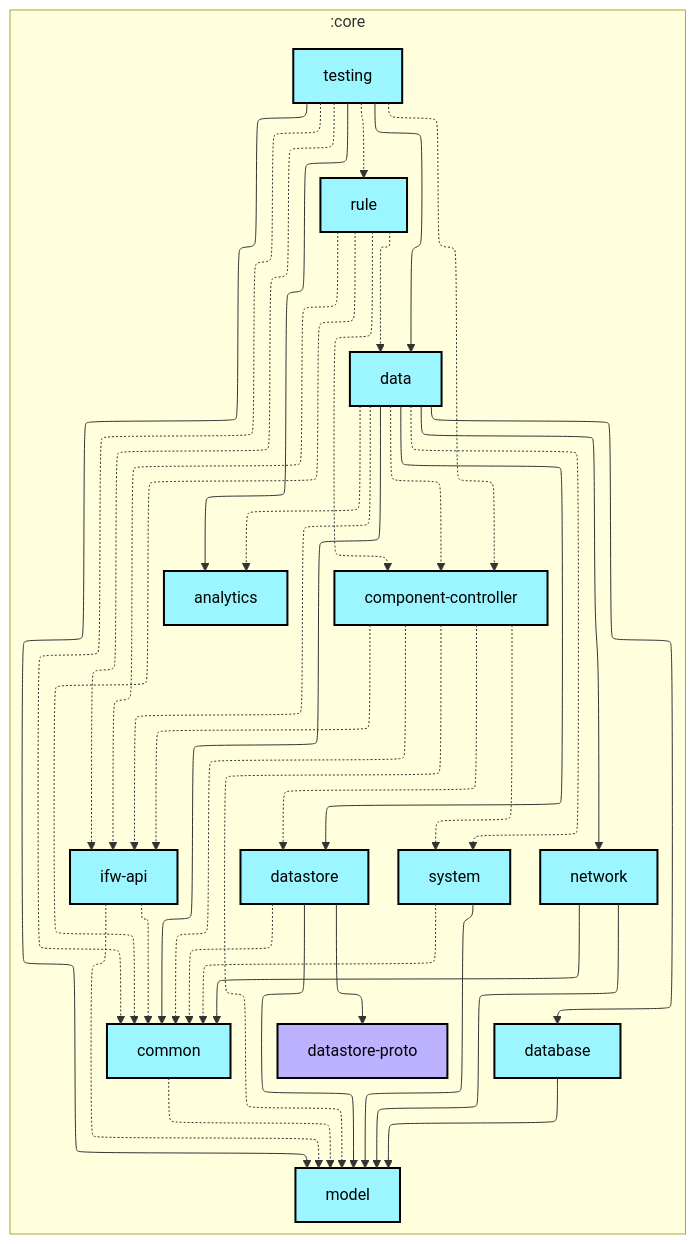
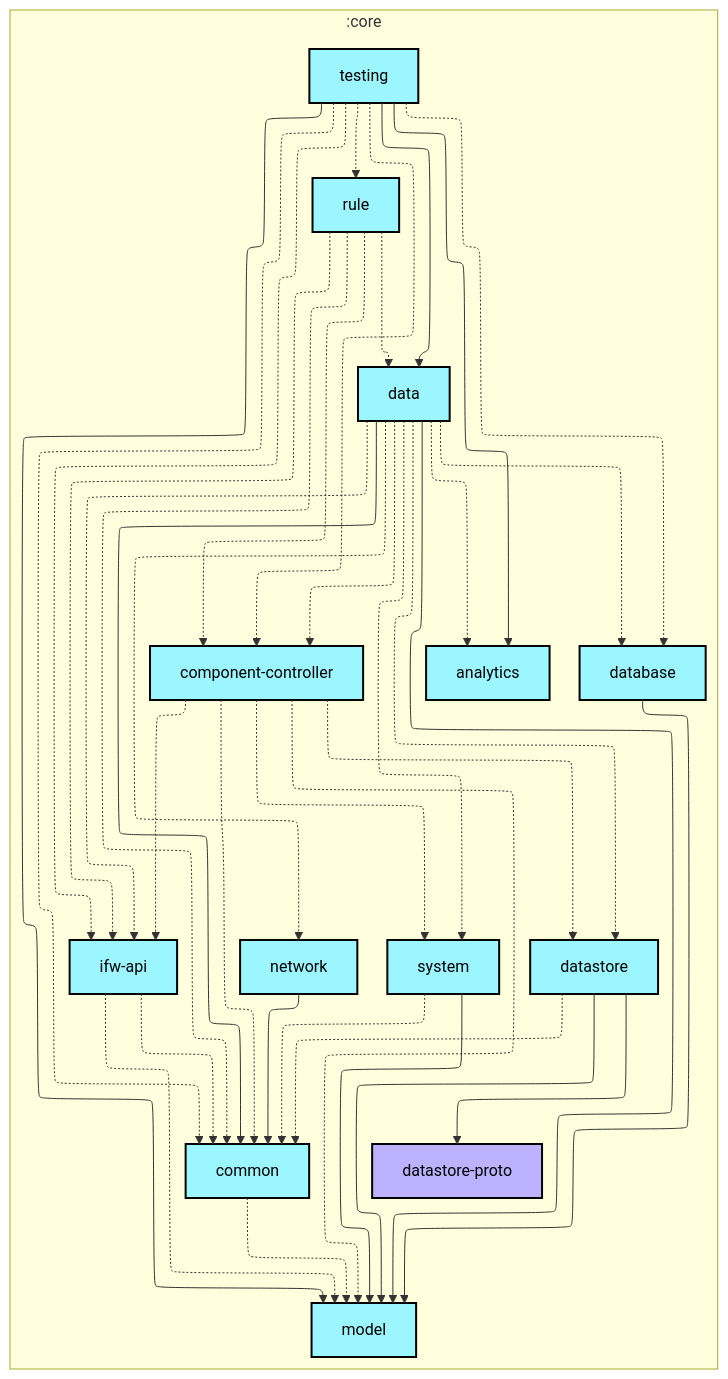
The first of 2 diagrams in core/testing/README.md (lihenggui/blocker), drawn with Mermaid before and after one commit. The commit also changed 29 other files, not shown here.

First line of the commit message:
Update module dependency graphs after boundary cleanup

````diff
--- a/core/testing/README.md
+++ b/core/testing/README.md
@@ -6,68 +6,69 @@
 ```mermaid
 ---
 config:
   layout: elk
   elk:
     nodePlacementStrategy: SIMPLE
 ---
 graph TB
   subgraph :core
     direction TB
     :core:analytics[analytics]:::android-library
     :core:common[common]:::android-library
     :core:component-controller[component-controller]:::android-library
     :core:data[data]:::android-library
     :core:database[database]:::android-library
     :core:datastore[datastore]:::android-library
     :core:datastore-proto[datastore-proto]:::jvm-library
     :core:ifw-api[ifw-api]:::android-library
     :core:model[model]:::android-library
     :core:network[network]:::android-library
     :core:rule[rule]:::android-library
     :core:system[system]:::android-library
     :core:testing[testing]:::android-library
   end
 
   :core:common -.-> :core:model
   :core:component-controller -.-> :core:common
   :core:component-controller -.-> :core:datastore
   :core:component-controller -.-> :core:ifw-api
   :core:component-controller -.-> :core:model
   :core:component-controller -.-> :core:system
   :core:data -.-> :core:analytics
   :core:data --> :core:common
   :core:data -.-> :core:component-controller
-  :core:data --> :core:database
-  :core:data --> :core:datastore
+  :core:data -.-> :core:database
+  :core:data -.-> :core:datastore
   :core:data -.-> :core:ifw-api
-  :core:data --> :core:network
+  :core:data --> :core:model
+  :core:data -.-> :core:network
   :core:data -.-> :core:system
   :core:database --> :core:model
   :core:datastore -.-> :core:common
   :core:datastore --> :core:datastore-proto
   :core:datastore --> :core:model
   :core:ifw-api -.-> :core:common
   :core:ifw-api -.-> :core:model
   :core:network --> :core:common
-  :core:network --> :core:model
   :core:rule -.-> :core:common
   :core:rule -.-> :core:component-controller
   :core:rule -.-> :core:data
   :core:rule -.-> :core:ifw-api
   :core:system -.-> :core:common
   :core:system --> :core:model
   :core:testing --> :core:analytics
   :core:testing -.-> :core:common
   :core:testing -.-> :core:component-controller
   :core:testing --> :core:data
+  :core:testing -.-> :core:database
   :core:testing -.-> :core:ifw-api
   :core:testing --> :core:model
   :core:testing -.-> :core:rule
 
 classDef android-application fill:#CAFFBF,stroke:#000,stroke-width:2px,color:#000;
 classDef android-feature fill:#FFD6A5,stroke:#000,stroke-width:2px,color:#000;
 classDef android-library fill:#9BF6FF,stroke:#000,stroke-width:2px,color:#000;
 classDef android-test fill:#A0C4FF,stroke:#000,stroke-width:2px,color:#000;
 classDef jvm-library fill:#BDB2FF,stroke:#000,stroke-width:2px,color:#000;
 classDef unknown fill:#FFADAD,stroke:#000,stroke-width:2px,color:#000;
 ```
````
